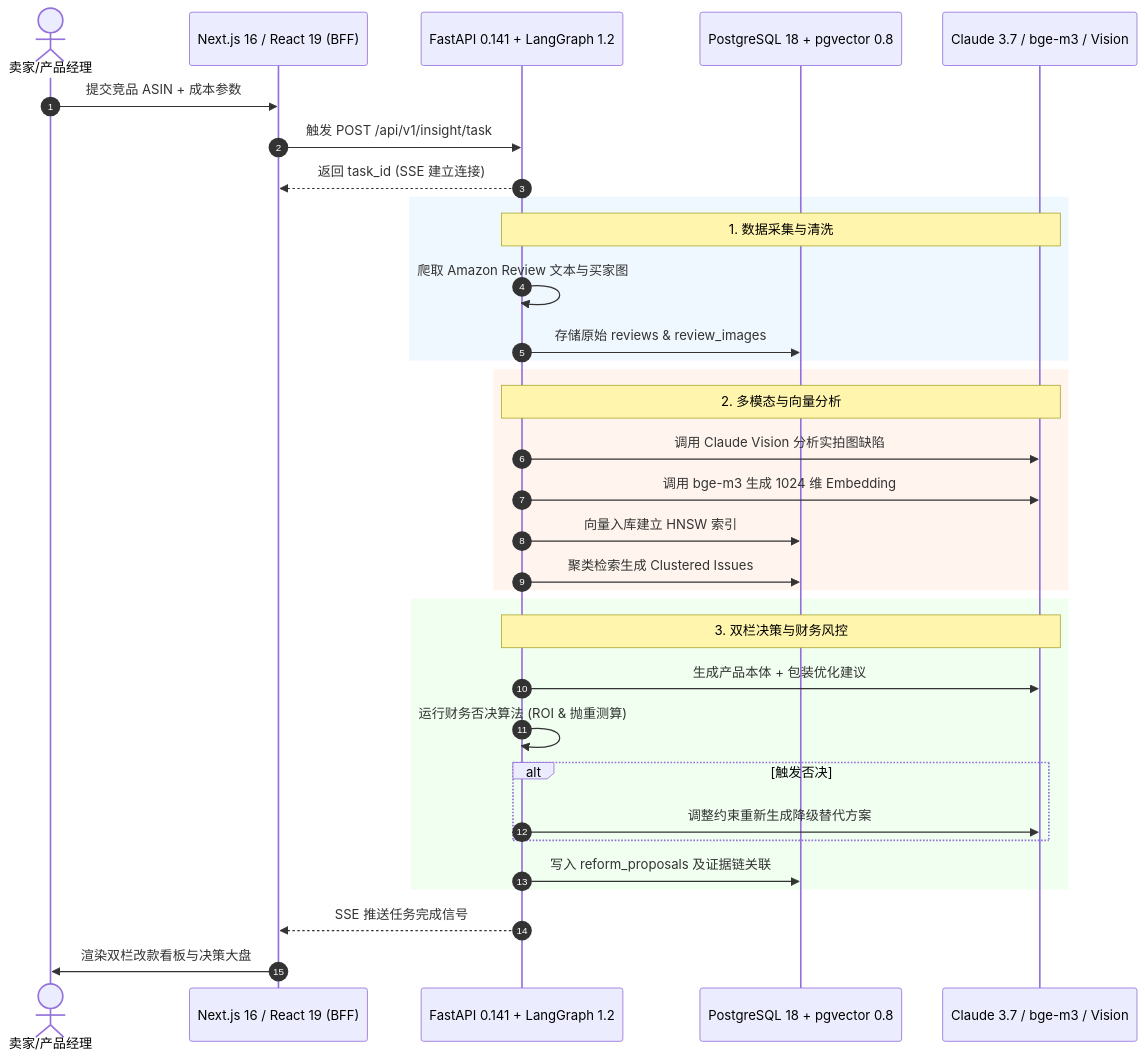
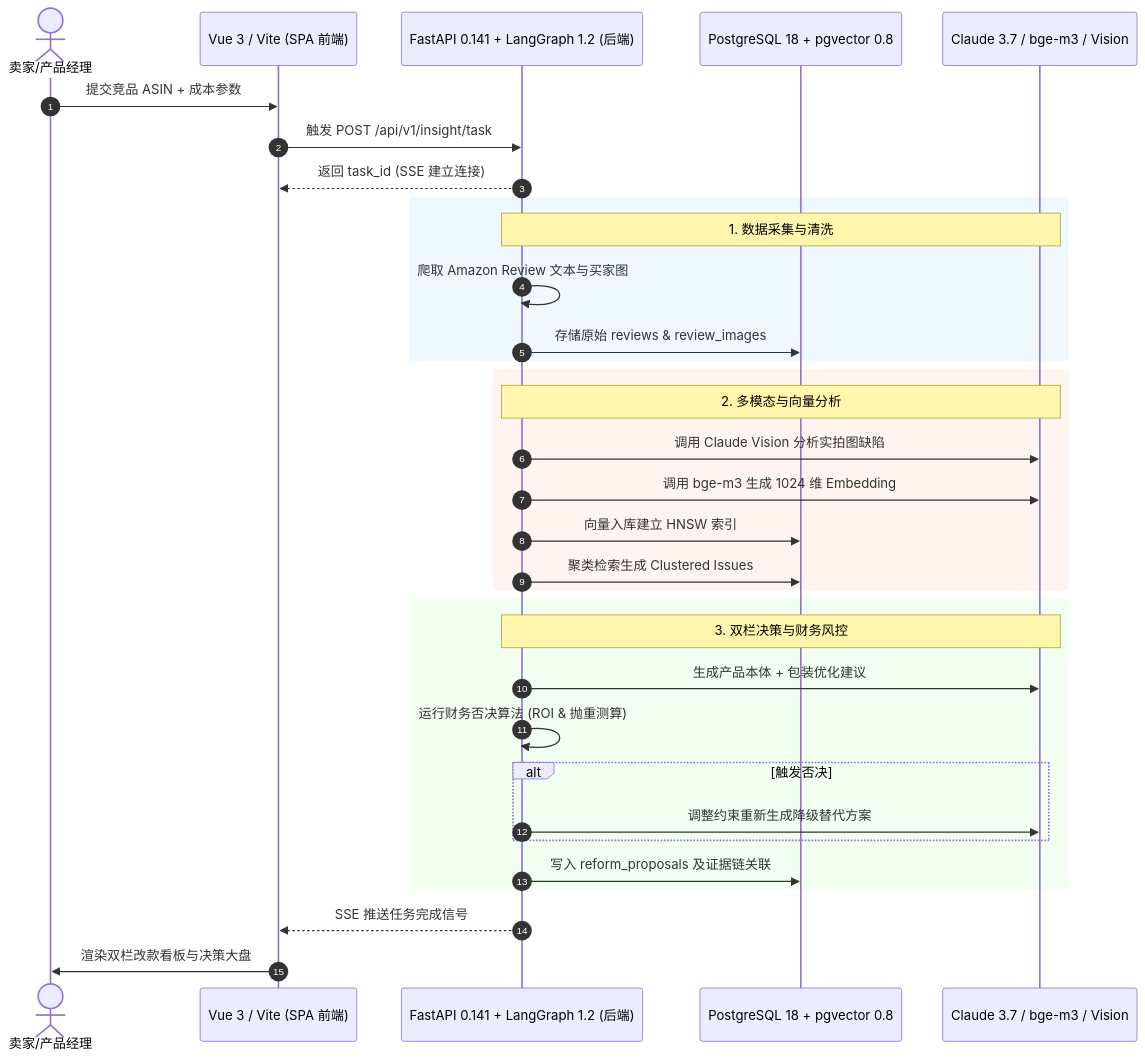
One commit to AlkaidSTART/ai-plus changed the diagram in docs/PRD.md. Above: the diagram before and after it, drawn with Mermaid. The commit also changed other lines of this file and 8 other files, not shown here.

````diff
--- a/docs/PRD.md
+++ b/docs/PRD.md
@@ -217,40 +217,40 @@
 ```mermaid
 sequenceDiagram
     autonumber
     actor User as 卖家/产品经理
-    participant Web as Next.js 16 / React 19 (BFF)
-    participant Core as FastAPI 0.141 + LangGraph 1.2
+    participant Web as Vue 3 / Vite (SPA 前端)
+    participant Core as FastAPI 0.141 + LangGraph 1.2 (后端)
     participant Store as PostgreSQL 18 + pgvector 0.8
     participant AI as Claude 3.7 / bge-m3 / Vision
     
     User->>Web: 提交竞品 ASIN + 成本参数
     Web->>Core: 触发 POST /api/v1/insight/task
     Core-->>Web: 返回 task_id (SSE 建立连接)
     
     rect rgb(240, 248, 255)
     Note over Core,AI: 1. 数据采集与清洗
     Core->>Core: 爬取 Amazon Review 文本与买家图
     Core->>Store: 存储原始 reviews & review_images
     end
     
     rect rgb(255, 245, 238)
     Note over Core,AI: 2. 多模态与向量分析
     Core->>AI: 调用 Claude Vision 分析实拍图缺陷
     Core->>AI: 调用 bge-m3 生成 1024 维 Embedding
     Core->>Store: 向量入库建立 HNSW 索引
     Core->>Store: 聚类检索生成 Clustered Issues
     end
     
     rect rgb(240, 255, 240)
     Note over Core,AI: 3. 双栏决策与财务风控
     Core->>AI: 生成产品本体 + 包装优化建议
     Core->>Core: 运行财务否决算法 (ROI & 抛重测算)
     alt 触发否决
         Core->>AI: 调整约束重新生成降级替代方案
     end
     Core->>Store: 写入 reform_proposals 及证据链关联
     end
     
     Core-->>Web: SSE 推送任务完成信号
     Web->>User: 渲染双栏改款看板与决策大盘
 ```
````
